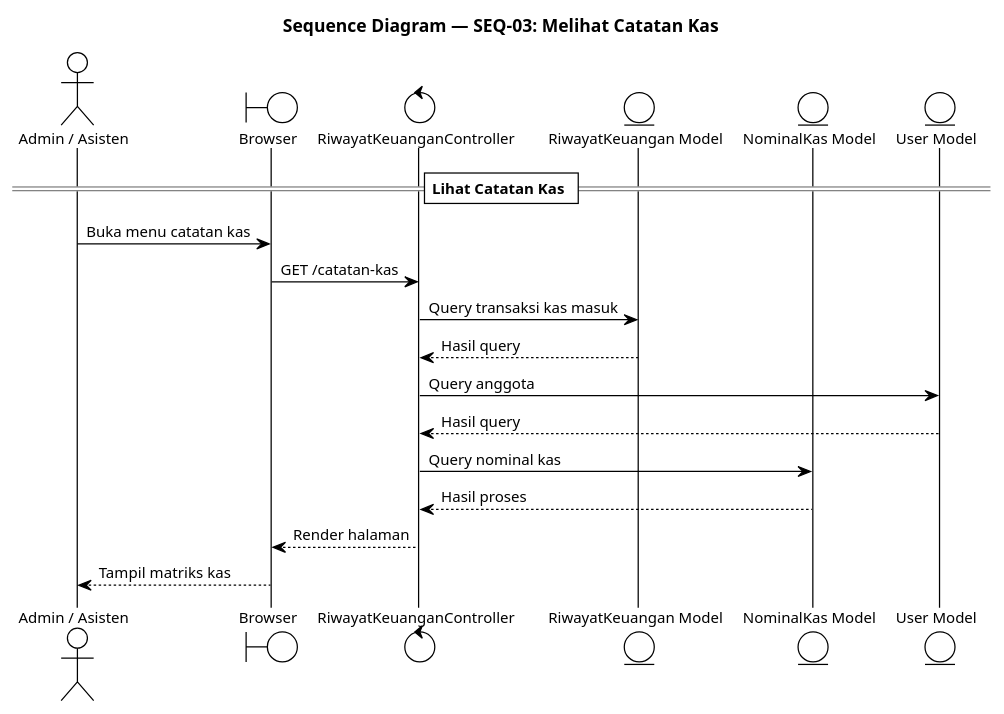
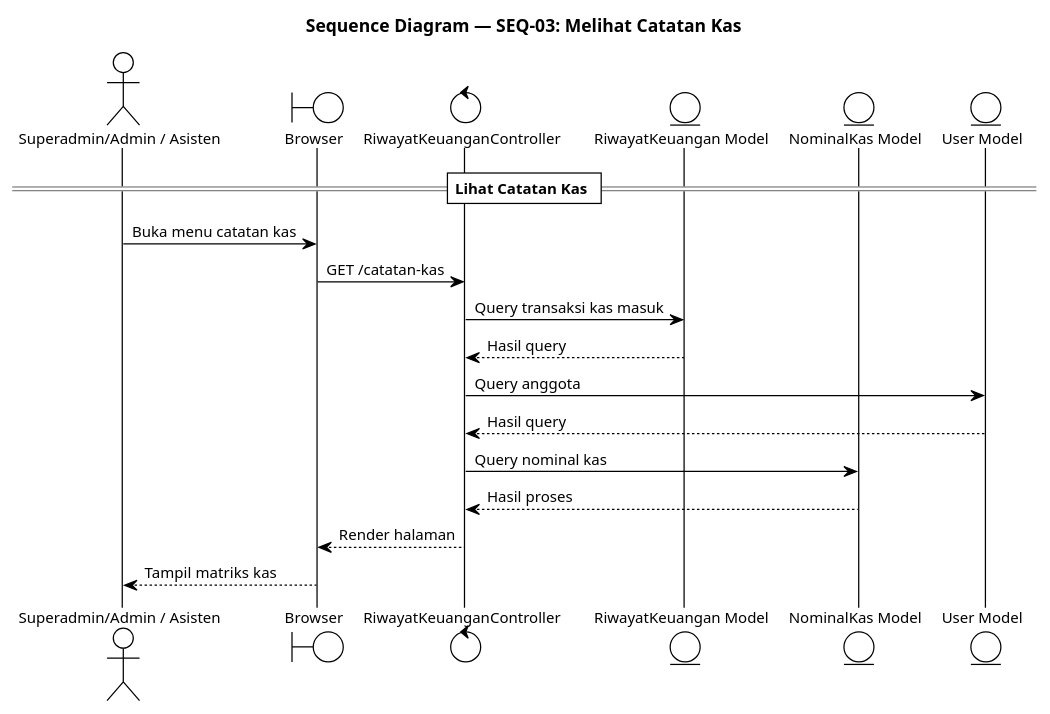
Before and after one commit to Habiboys/SILAB-DSI: the diagram in docs/keuangan/sequence/SEQ_03_MELIHAT_CATATAN_KAS.puml, drawn with PlantUML. The commit also changed 261 other files, not shown here.

```diff
--- a/docs/keuangan/sequence/SEQ_03_MELIHAT_CATATAN_KAS.puml
+++ b/docs/keuangan/sequence/SEQ_03_MELIHAT_CATATAN_KAS.puml
@@ -1,29 +1,29 @@
 @startuml SEQ_03_MELIHAT_CATATAN_KAS
 !theme plain
 skinparam defaultFontSize 12
 skinparam TitleFontSize 14
 title Sequence Diagram — SEQ-03: Melihat Catatan Kas
 
-actor       "Admin / Asisten"           as Viewer
+actor       "Superadmin/Admin / Asisten"           as Viewer
 boundary    "Browser"                   as Browser
 control     "RiwayatKeuanganController" as Controller
 entity      "RiwayatKeuangan Model"     as Model
 entity      "NominalKas Model"          as ModelKas
 entity      "User Model"                as ModelUser
 
 == Lihat Catatan Kas ==
 
 Viewer  -> Browser      : Buka menu catatan kas
 
 Browser -> Controller   : GET /catatan-kas
 
 Controller -> Model     : Query transaksi kas masuk
 Model --> Controller : Hasil query
 Controller -> ModelUser : Query anggota
 ModelUser --> Controller : Hasil query
 Controller -> ModelKas  : Query nominal kas
 ModelKas --> Controller : Hasil proses
 Controller --> Browser  : Render halaman
 Browser --> Viewer      : Tampil matriks kas
 
 @enduml
```
